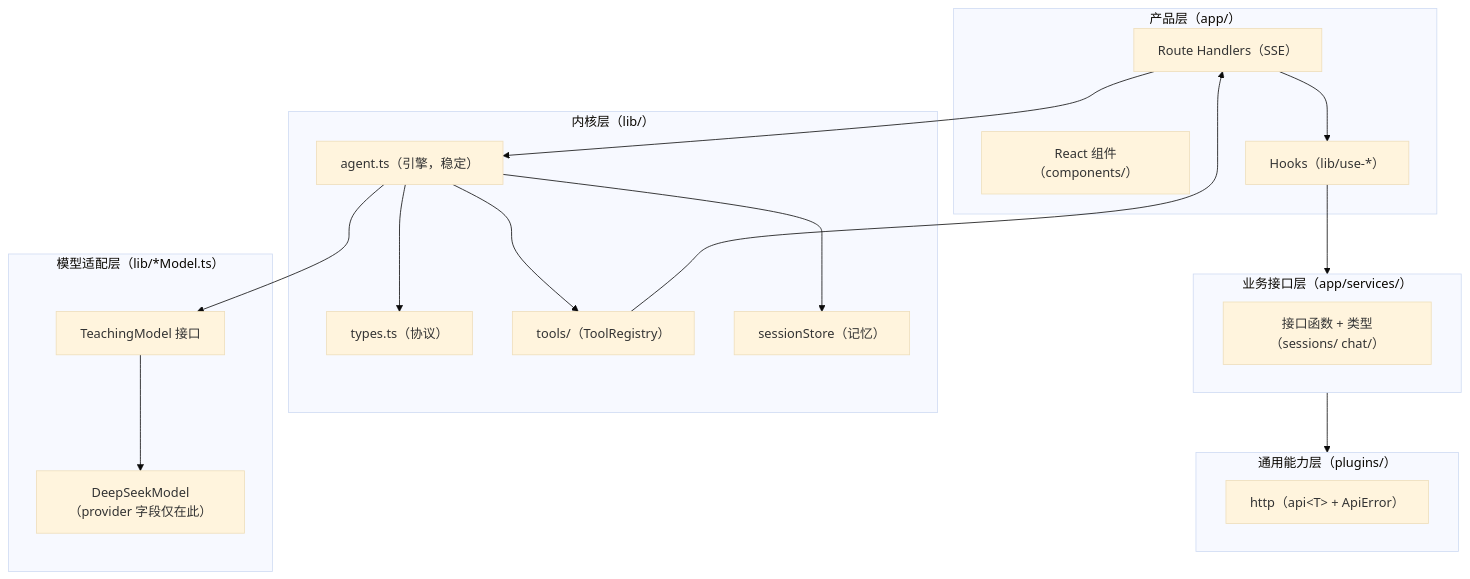
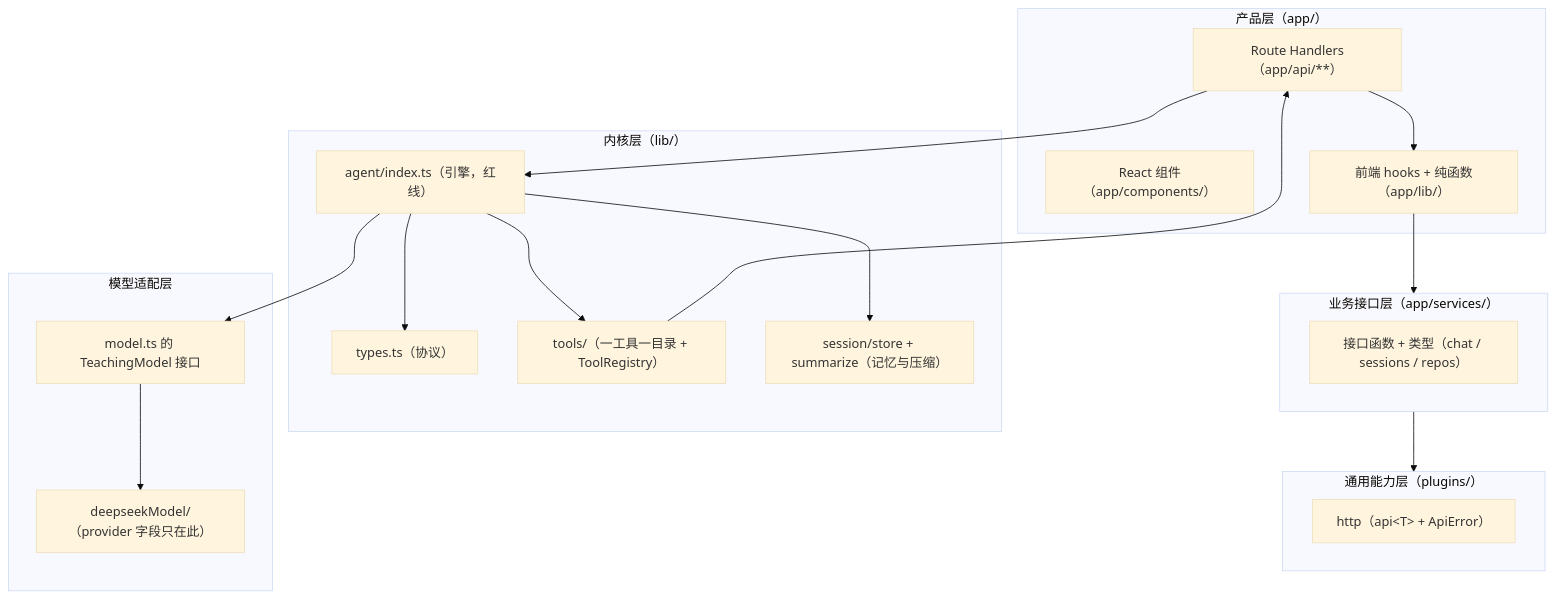
Before and after one commit to daly-dai/agent-learn: the diagram in ARCHITECTURE.md, drawn with Mermaid (base theme). The commit also changed other lines of this file and 9 other files, not shown here.

First line of the commit message:
docs(process)：需求池 + 迭代模型落地 —— 检查点退役 / AGENTS 10·11.5 改口径 / ARCHITECTURE 重写 / check-plan.mjs

````diff
--- a/ARCHITECTURE.md
+++ b/ARCHITECTURE.md
@@ -41,30 +43,30 @@
 ```mermaid
 flowchart TB
   subgraph UI["产品层（app/）"]
-    R["Route Handlers（SSE）"]
-    C["React 组件（components/）"]
-    H["Hooks（lib/use-*）"]
+    R["Route Handlers（app/api/**）"]
+    C["React 组件（app/components/）"]
+    H["前端 hooks + 纯函数（app/lib/）"]
   end
   subgraph S["业务接口层（app/services/）"]
-    API["接口函数 + 类型（sessions/ chat/）"]
+    API["接口函数 + 类型（chat / sessions / repos）"]
   end
   subgraph P["通用能力层（plugins/）"]
     HTTP["http（api&lt;T&gt; + ApiError）"]
   end
   subgraph K["内核层（lib/）"]
-    E["agent.ts（引擎，稳定）"]
+    E["agent/index.ts（引擎，红线）"]
     T["types.ts（协议）"]
-    TS["tools/（ToolRegistry）"]
-    SS["sessionStore（记忆）"]
+    TS["tools/（一工具一目录 + ToolRegistry）"]
+    SS["session/store + summarize（记忆与压缩）"]
   end
-  subgraph A["模型适配层（lib/*Model.ts）"]
-    M["TeachingModel 接口"]
-    D["DeepSeekModel（provider 字段仅在此）"]
+  subgraph A["模型适配层"]
+    M["model.ts 的 TeachingModel 接口"]
+    D["deepseekModel/（provider 字段只在此）"]
   end
   R --> H --> S --> P
   R --> E --> T
   E --> TS --> R
   E --> SS
   E --> M
   M --> D
 ```
````
